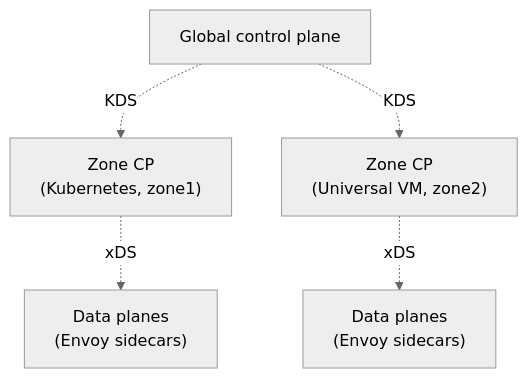
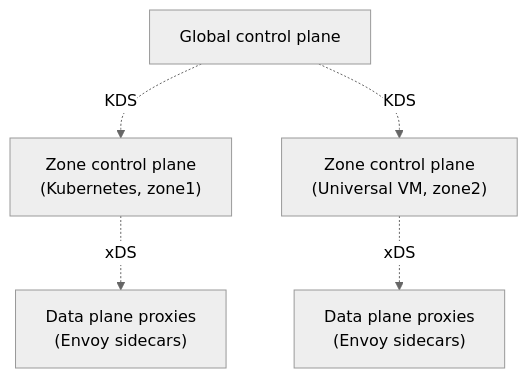
The first of 2 diagrams in app/mesh/architecture-overview.md (Kong/developer.konghq.com), drawn with Mermaid (neutral theme) before and after one commit. The commit also changed other lines of this file and 11 other files, not shown here.

```diff
--- a/app/mesh/architecture-overview.md
+++ b/app/mesh/architecture-overview.md
@@ -79,13 +88,13 @@
 {% mermaid %}
 flowchart TD
     GCP["Global control plane"]
-    Z1CP["Zone CP<br/>(Kubernetes, zone1)"]
-    Z2CP["Zone CP<br/>(Universal VM, zone2)"]
-    DP1["Data planes<br/>(Envoy sidecars)"]
-    DP2["Data planes<br/>(Envoy sidecars)"]
+    Z1CP["Zone control plane<br/>(Kubernetes, zone1)"]
+    Z2CP["Zone control plane<br/>(Universal VM, zone2)"]
+    DP1["Data plane proxies<br/>(Envoy sidecars)"]
+    DP2["Data plane proxies<br/>(Envoy sidecars)"]
 
     GCP -.->|KDS| Z1CP
     GCP -.->|KDS| Z2CP
     Z1CP -.->|xDS| DP1
     Z2CP -.->|xDS| DP2
 {% endmermaid %}
```
